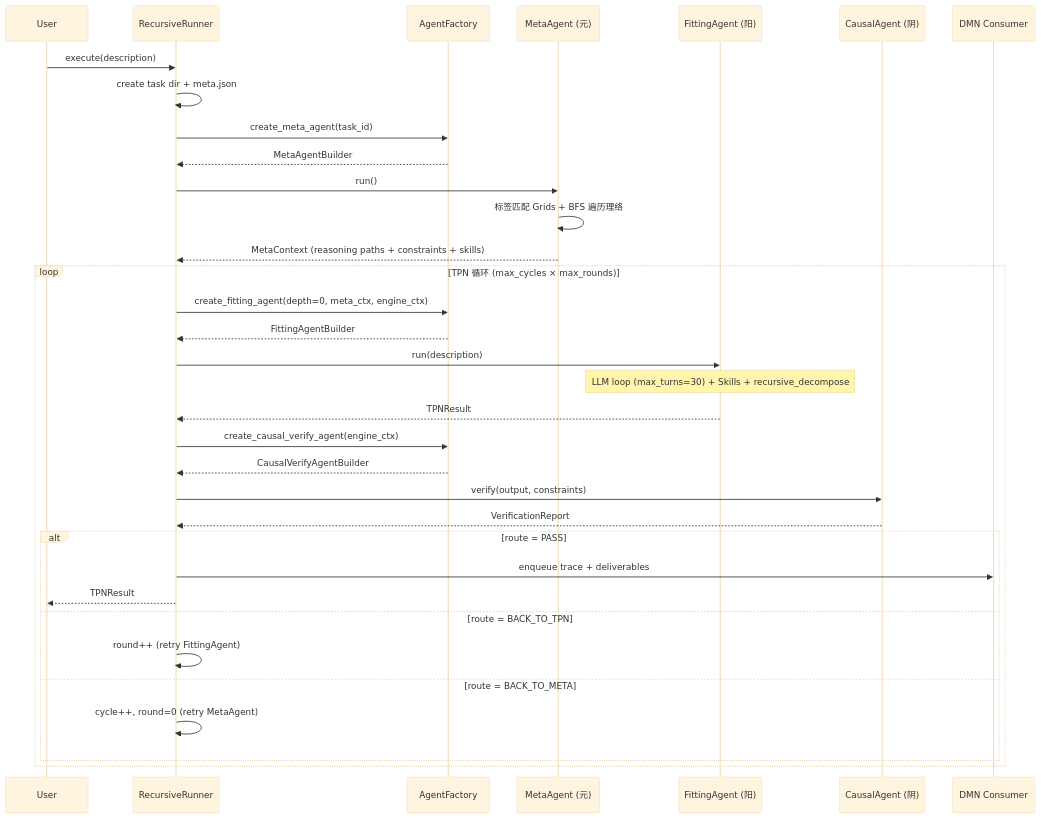
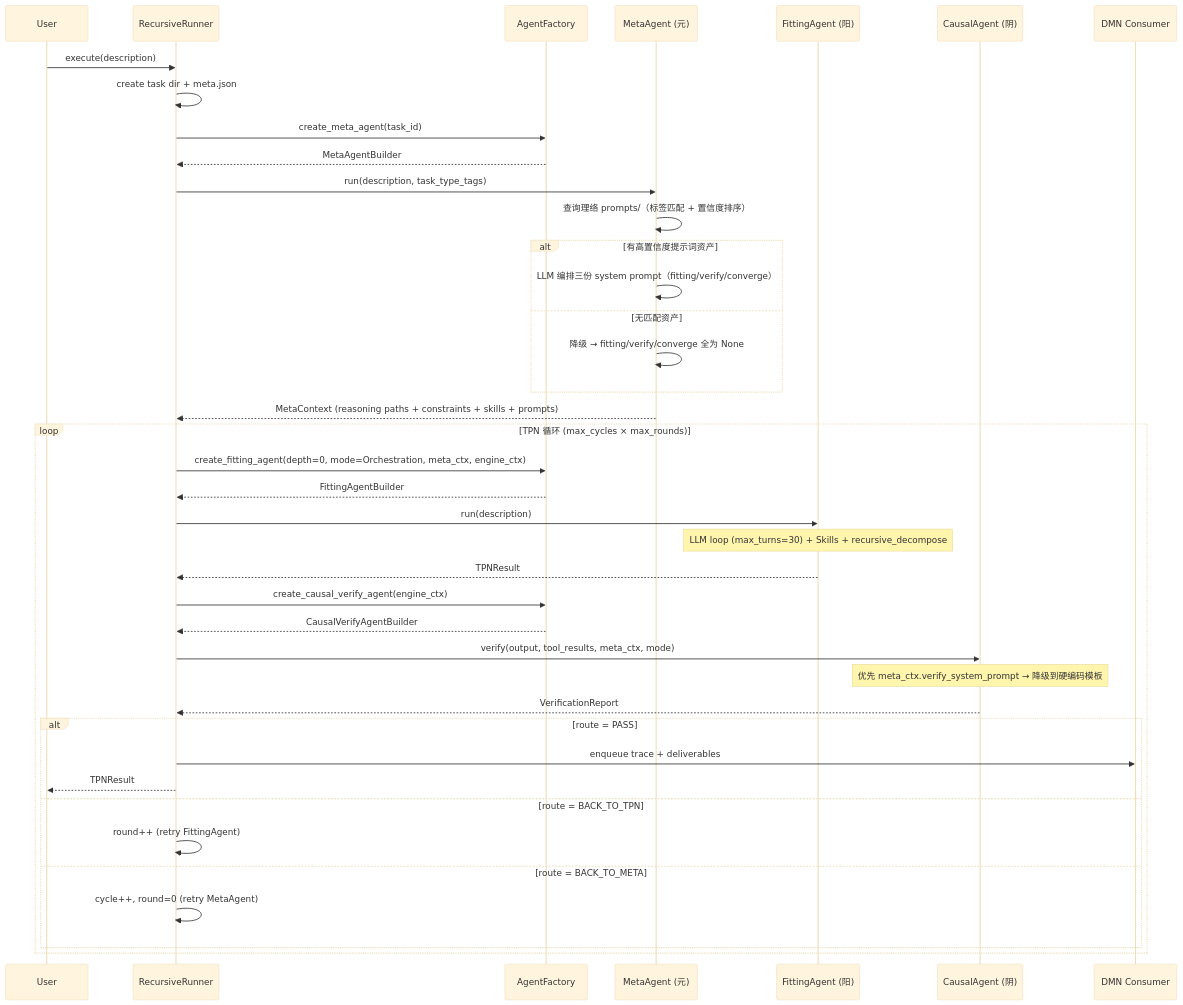
Before and after one commit to wenge6090-tech/taiji: the fourth of 7 diagrams in BCP-蓝图-完型协议.md, drawn with Mermaid (base theme). The commit also changed other lines of this file and 19 other files, not shown here.

````diff
--- a/BCP-蓝图-完型协议.md
+++ b/BCP-蓝图-完型协议.md
@@ -330,40 +367,46 @@
 ```mermaid
 sequenceDiagram
     participant U as User
     participant RR as RecursiveRunner
     participant AF as AgentFactory
     participant MA as MetaAgent (元)
     participant FA as FittingAgent (阳)
     participant CA as CausalAgent (阴)
     participant DMN as DMN Consumer
 
     U->>RR: execute(description)
     RR->>RR: create task dir + meta.json
     RR->>AF: create_meta_agent(task_id)
     AF-->>RR: MetaAgentBuilder
-    RR->>MA: run()
-    MA->>MA: 标签匹配 Grids + BFS 遍历理络
-    MA-->>RR: MetaContext (reasoning paths + constraints + skills)
+    RR->>MA: run(description, task_type_tags)
+    MA->>MA: 查询理络 prompts/（标签匹配 + 置信度排序）
+    alt 有高置信度提示词资产
+        MA->>MA: LLM 编排三份 system prompt（fitting/verify/converge）
+    else 无匹配资产
+        MA->>MA: 降级 → fitting/verify/converge 全为 None
+    end
+    MA-->>RR: MetaContext (reasoning paths + constraints + skills + prompts)
 
     loop TPN 循环 (max_cycles × max_rounds)
-        RR->>AF: create_fitting_agent(depth=0, meta_ctx, engine_ctx)
+        RR->>AF: create_fitting_agent(depth=0, mode=Orchestration, meta_ctx, engine_ctx)
         AF-->>RR: FittingAgentBuilder
         RR->>FA: run(description)
         Note over FA: LLM loop (max_turns=30) + Skills + recursive_decompose
         FA-->>RR: TPNResult
 
         RR->>AF: create_causal_verify_agent(engine_ctx)
         AF-->>RR: CausalVerifyAgentBuilder
-        RR->>CA: verify(output, constraints)
+        RR->>CA: verify(output, tool_results, meta_ctx, mode)
+        Note over CA: 优先 meta_ctx.verify_system_prompt → 降级到硬编码模板
         CA-->>RR: VerificationReport
 
         alt route = PASS
             RR->>DMN: enqueue trace + deliverables
             RR-->>U: TPNResult
         else route = BACK_TO_TPN
             RR->>RR: round++ (retry FittingAgent)
         else route = BACK_TO_META
             RR->>RR: cycle++, round=0 (retry MetaAgent)
         end
     end
 ```
````
